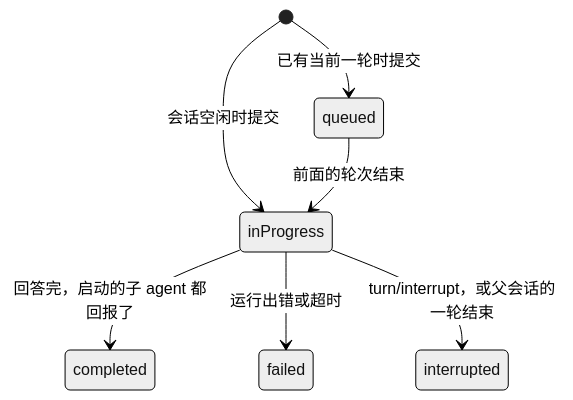
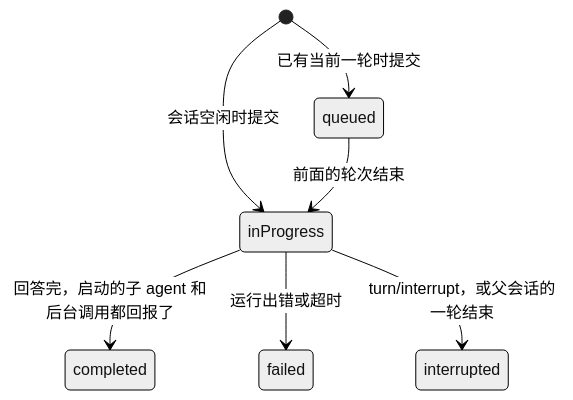
One commit to 0xfakeSpike/ollupi-docs changed the first of 3 diagrams in docs/zh/integrate/protocol/turns.md. Above: the diagram before and after it, drawn with Mermaid (neutral theme). The commit also changed other lines of this file and 67 other files, not shown here.

````diff
--- a/docs/zh/integrate/protocol/turns.md
+++ b/docs/zh/integrate/protocol/turns.md
@@ -23,9 +23,9 @@
 ```mermaid
 stateDiagram-v2
   [*] --> inProgress: 会话空闲时提交
   [*] --> queued: 已有当前一轮时提交
   queued --> inProgress: 前面的轮次结束
-  inProgress --> completed: 回答完，启动的子 agent 都回报了
+  inProgress --> completed: 回答完，启动的子 agent 和后台调用都回报了
   inProgress --> failed: 运行出错或超时
   inProgress --> interrupted: turn/interrupt，或父会话的一轮结束
 ```
````
